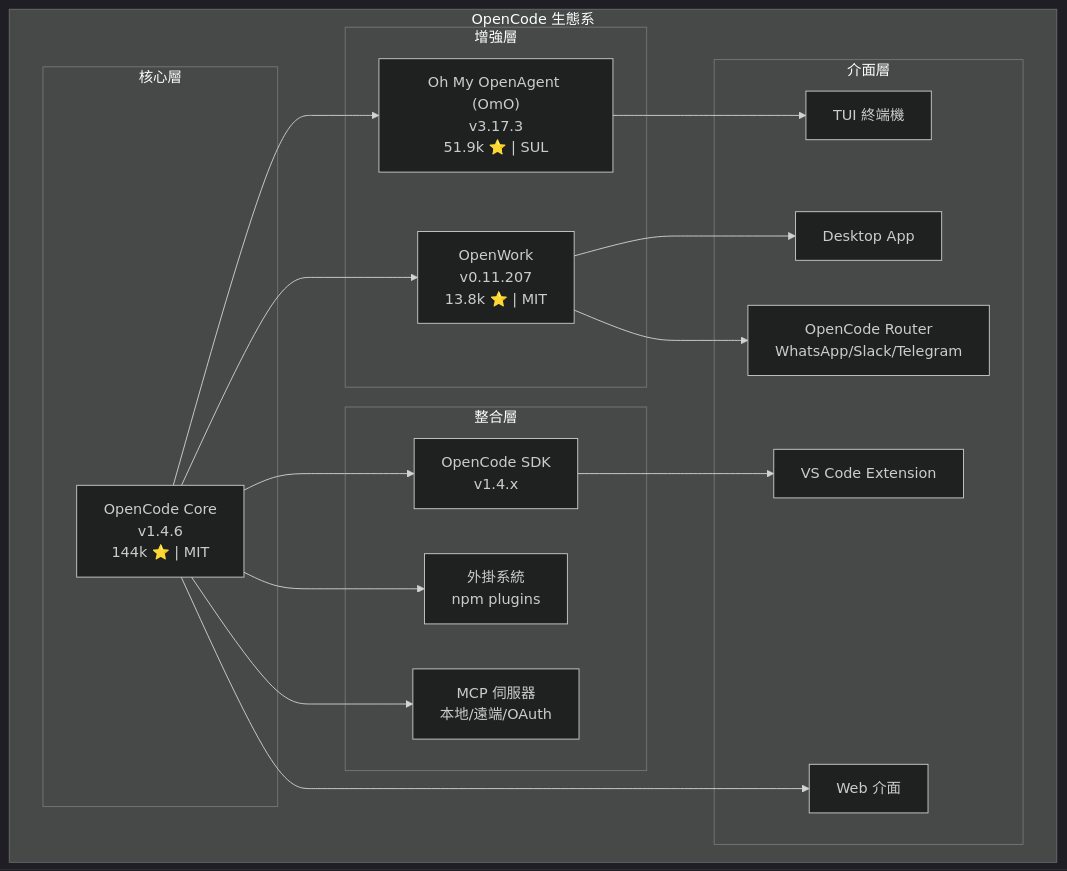
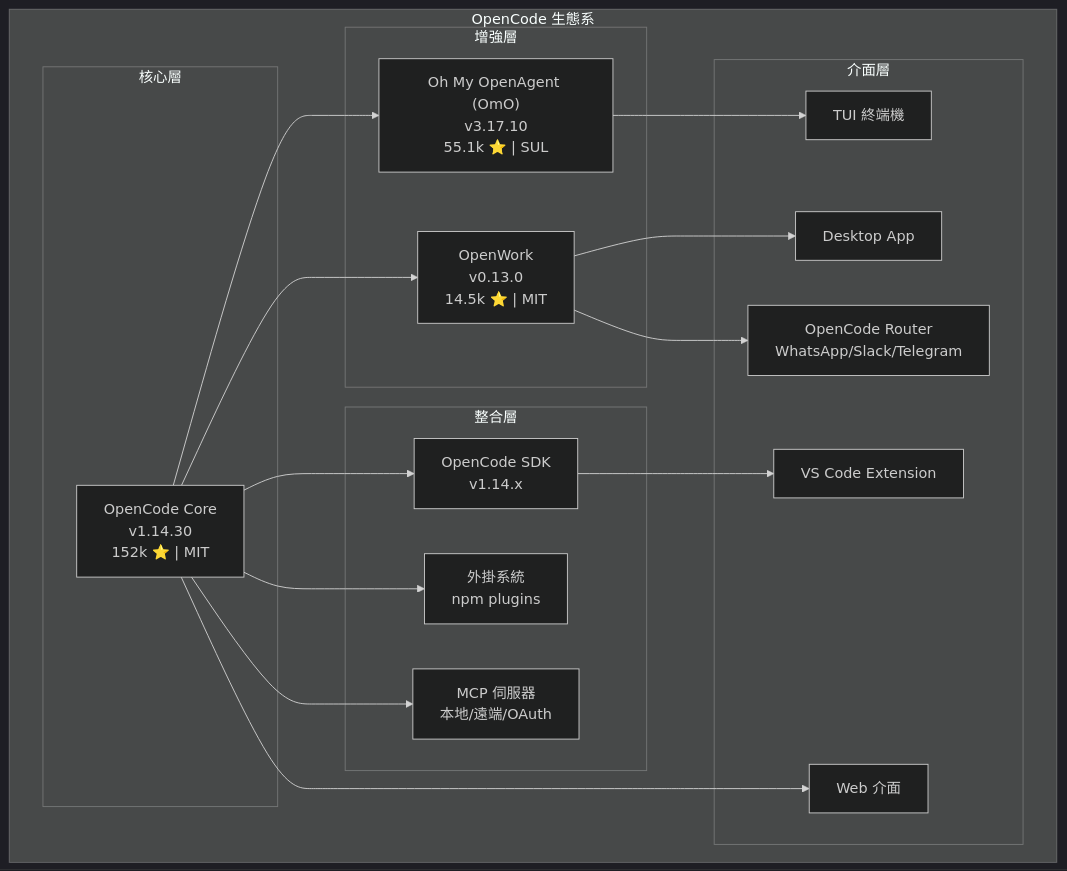
Before and after one commit to chihhung/Blog: the first of 50 diagrams in content/posts/教學/AI開發/opencode生態系教學手冊.md, drawn with Mermaid (dark theme). The commit also changed other lines of this file and 7 other files, not shown here.

````diff
--- a/content/posts/教學/AI開發/opencode生態系教學手冊.md
+++ b/content/posts/教學/AI開發/opencode生態系教學手冊.md
@@ -276,39 +278,39 @@
 ```mermaid
 graph TB
     subgraph "OpenCode 生態系"
         subgraph "核心層"
-            OC["OpenCode Core<br/>v1.4.6<br/>144k ⭐ | MIT"]
+            OC["OpenCode Core<br/>v1.14.30<br/>152k ⭐ | MIT"]
         end
 
         subgraph "增強層"
-            OmO["Oh My OpenAgent (OmO)<br/>v3.17.3<br/>51.9k ⭐ | SUL"]
-            OW["OpenWork<br/>v0.11.207<br/>13.8k ⭐ | MIT"]
+            OmO["Oh My OpenAgent (OmO)<br/>v3.17.10<br/>55.1k ⭐ | SUL"]
+            OW["OpenWork<br/>v0.13.0<br/>14.5k ⭐ | MIT"]
         end
 
         subgraph "整合層"
-            SDK["OpenCode SDK<br/>v1.4.x"]
+            SDK["OpenCode SDK<br/>v1.14.x"]
             Plugin["外掛系統<br/>npm plugins"]
             MCP["MCP 伺服器<br/>本地/遠端/OAuth"]
         end
 
         subgraph "介面層"
             TUI["TUI 終端機"]
             Desktop["Desktop App"]
             IDE["VS Code Extension"]
             Web["Web 介面"]
             Router["OpenCode Router<br/>WhatsApp/Slack/Telegram"]
         end
     end
 
     OC --> OmO
     OC --> OW
     OC --> SDK
     OC --> Plugin
     OC --> MCP
 
     OmO --> TUI
     OW --> Desktop
     SDK --> IDE
     OC --> Web
     OW --> Router
 ```
````
